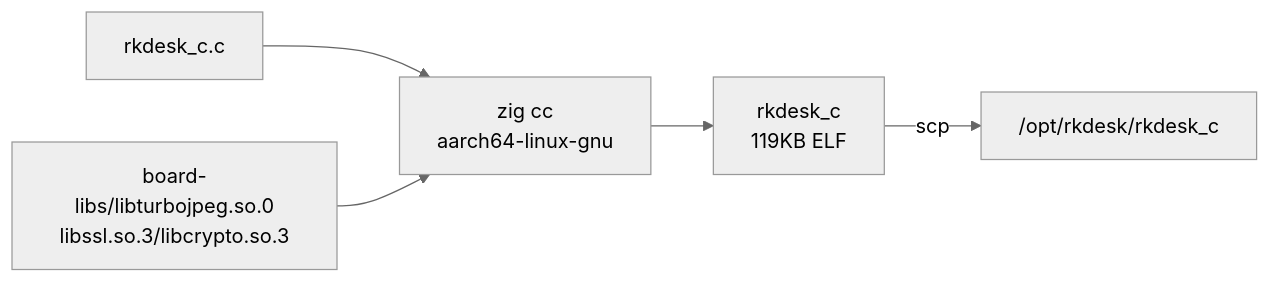
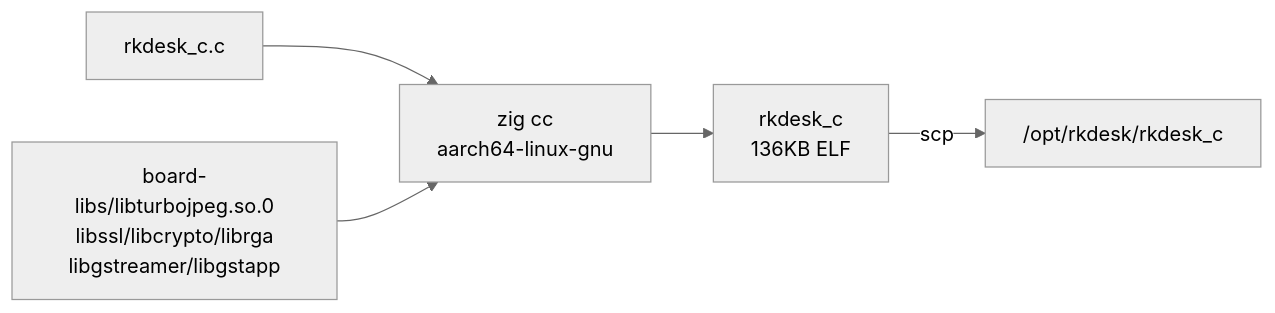
Before and after one commit to OGpig/RK3576: diagram 11 of 13 in RKDesk/docs/IMPLEMENTATION.md, drawn with Mermaid (neutral theme). The commit also changed other lines of this file and 21 other files, not shown here.

````diff
--- a/RKDesk/docs/IMPLEMENTATION.md
+++ b/RKDesk/docs/IMPLEMENTATION.md
@@ -601,7 +601,7 @@
 ```mermaid
 flowchart LR
     A["rkdesk_c.c"] --> B["zig cc<br/>aarch64-linux-gnu"]
-    C["board-libs/libturbojpeg.so.0<br/>libssl.so.3/libcrypto.so.3"] --> B
-    B --> D["rkdesk_c<br/>119KB ELF"]
+    C["board-libs/libturbojpeg.so.0<br/>libssl/libcrypto/librga<br/>libgstreamer/libgstapp"] --> B
+    B --> D["rkdesk_c<br/>136KB ELF"]
     D -->|scp| E["/opt/rkdesk/rkdesk_c"]
 ```
````
